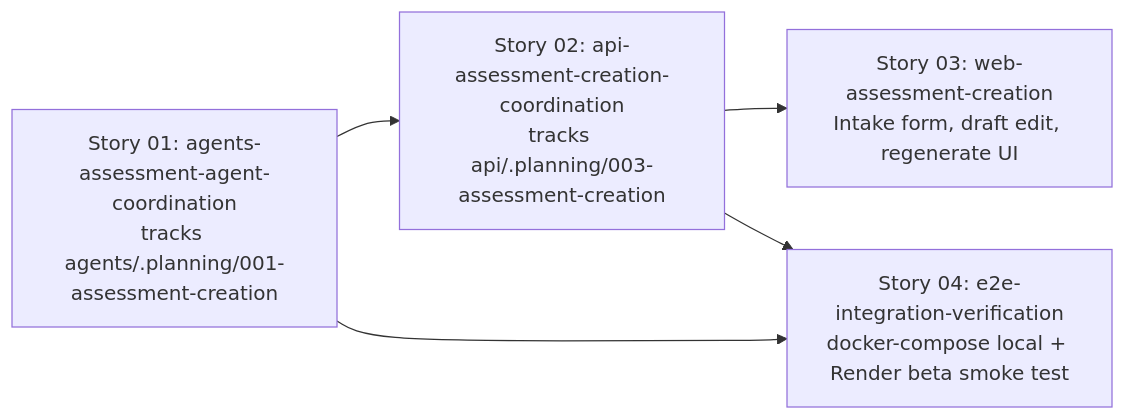
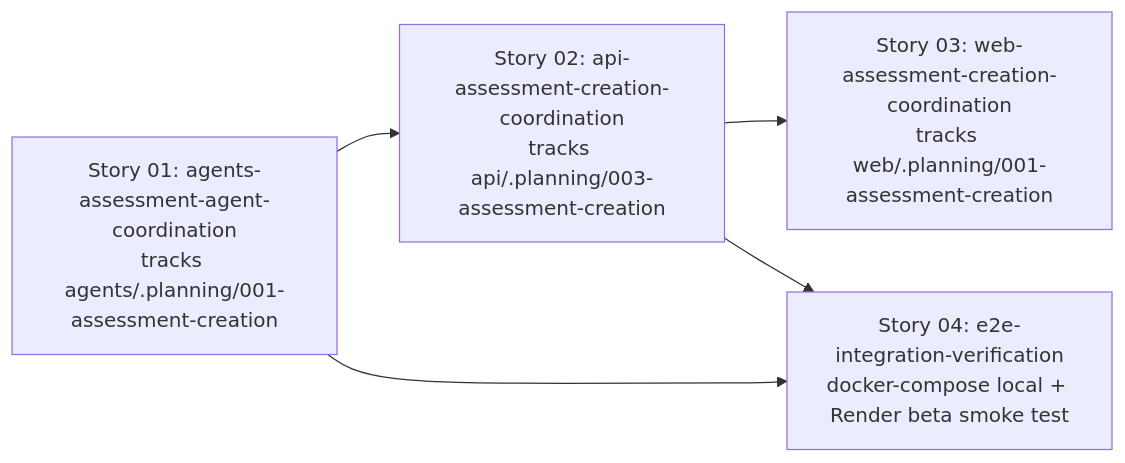
The diagram in .planning/active/008-assessment-creation/01-expansion.md (cmartinezs/grade-ops-ai), drawn with Mermaid before and after one commit. The commit also changed other lines of this file and 3 other files, not shown here.

First line of the commit message:
docs(assessment-creation): rewrite story-03 as coordination story

````diff
--- a/.planning/active/008-assessment-creation/01-expansion.md
+++ b/.planning/active/008-assessment-creation/01-expansion.md
@@ -30,7 +30,7 @@
 ```mermaid
 flowchart LR
     S01[Story 01: agents-assessment-agent-coordination\ntracks agents/.planning/001-assessment-creation] --> S02[Story 02: api-assessment-creation-coordination\ntracks api/.planning/003-assessment-creation]
-    S02 --> S03[Story 03: web-assessment-creation\nIntake form, draft edit, regenerate UI]
+    S02 --> S03[Story 03: web-assessment-creation-coordination\ntracks web/.planning/001-assessment-creation]
     S01 --> S04[Story 04: e2e-integration-verification\ndocker-compose local + Render beta smoke test]
     S02 --> S04
 ```
````
